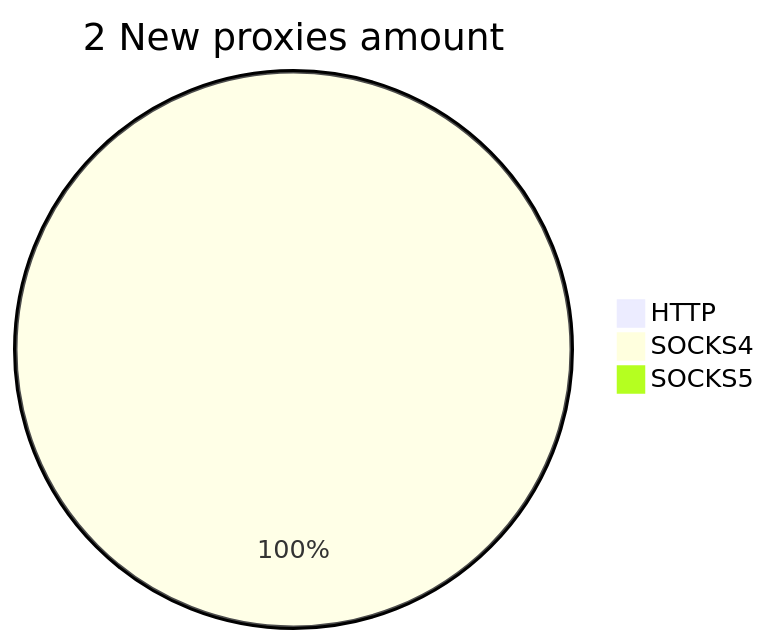
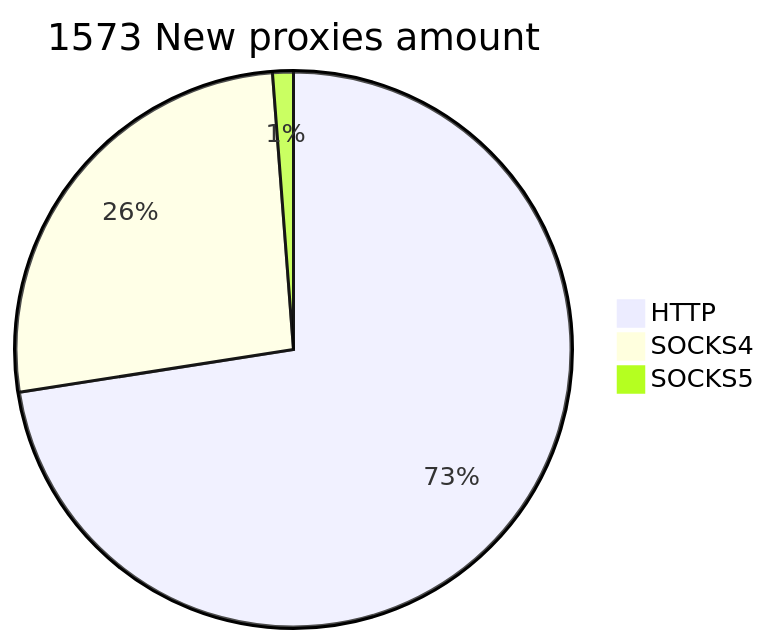
Before and after one commit to cutipu/proxylist: the second of 2 diagrams in README.md, drawn with Mermaid. The commit also changed other lines of this file, not shown here.

````diff
--- a/README.md
+++ b/README.md
@@ -10,6 +10,6 @@
 ```mermaid
-pie title 2 New proxies amount
-    "HTTP" : 0
-    "SOCKS4" : 3
-    "SOCKS5" : 0
+pie title 1573 New proxies amount
+    "HTTP" : 1141
+    "SOCKS4" : 413
+    "SOCKS5" : 19
 ```
````
